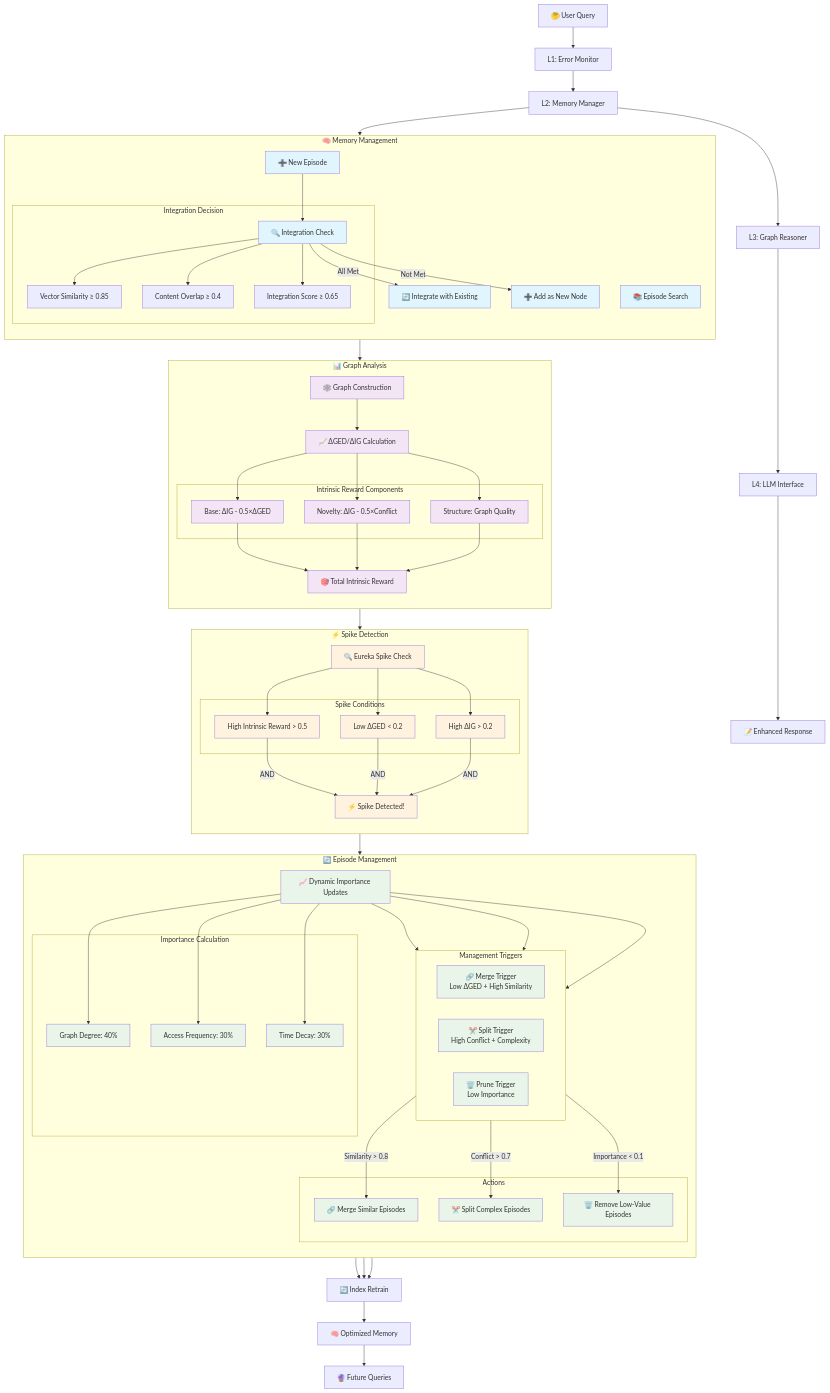
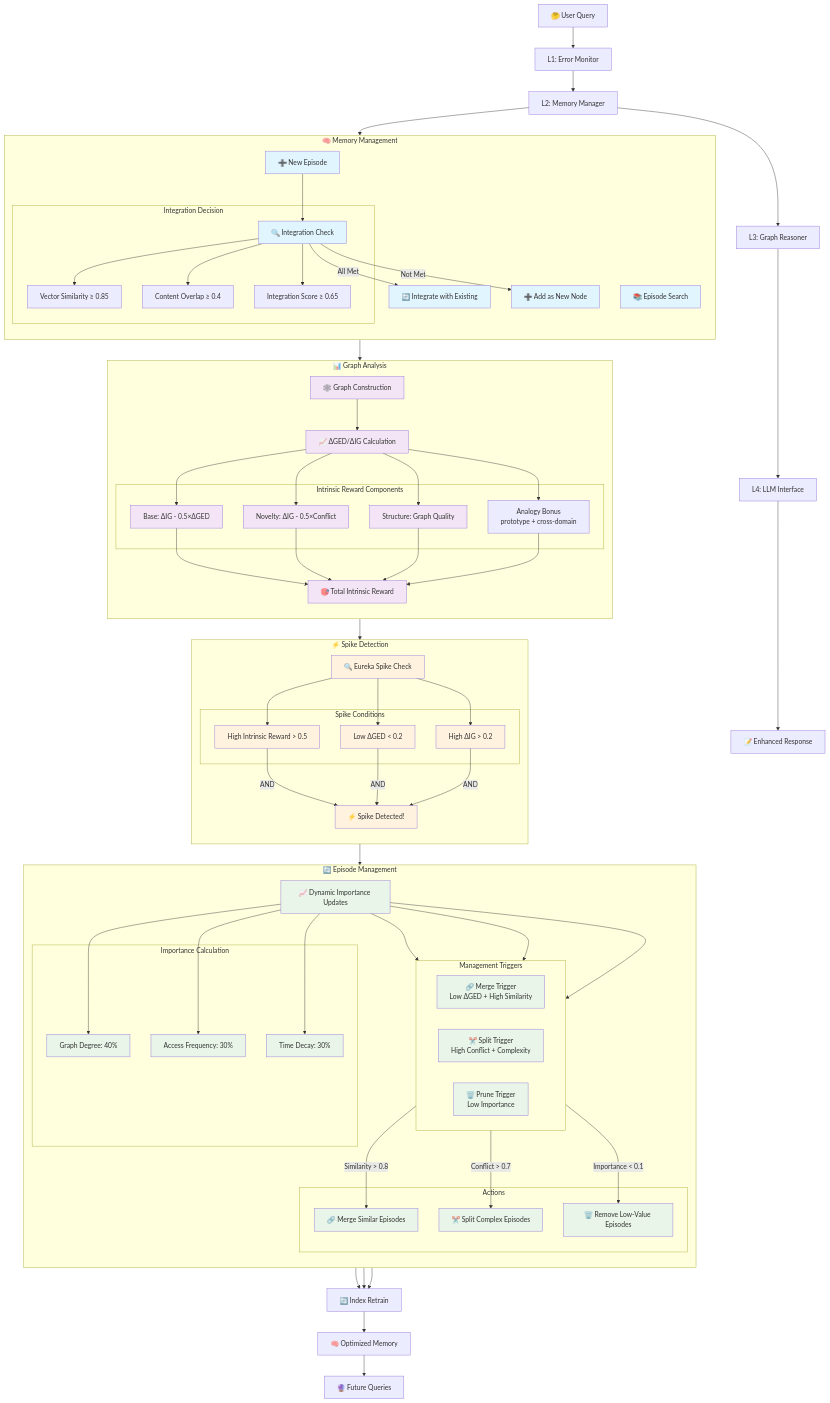
Before and after one commit to miyauchikazuyoshi/InsightSpike-AI: the diagram in docs/diagrams/INTRINSIC_MOTIVATION_FLOW.mermaid, drawn with Mermaid. The commit also changed 6 other files, not shown here.

Commit message:
Update docs and diagrams for analogy bonus defaults

```diff
--- a/docs/diagrams/INTRINSIC_MOTIVATION_FLOW.mermaid
+++ b/docs/diagrams/INTRINSIC_MOTIVATION_FLOW.mermaid
@@ -1,138 +1,141 @@
 %% Intrinsic Motivation and Episode Management Flow
 %% Flow diagram of intrinsic rewards and episode management
 
 flowchart TD
     %% Input and Processing
     Query[🤔 User Query] --> L1[L1: Error Monitor]
     L1 --> L2[L2: Memory Manager]
     L2 --> L3[L3: Graph Reasoner]
     L3 --> L4[L4: LLM Interface]
     
     %% Memory Search and Episode Check
     subgraph "🧠 Memory Management"
         direction TB
         Search[📚 Episode Search]
         NewEpisode[➕ New Episode]
         
         subgraph "Integration Decision"
             Check[🔍 Integration Check]
             SimThresh[Vector Similarity ≥ 0.85]
             ContentThresh[Content Overlap ≥ 0.4]
             IntegScore[Integration Score ≥ 0.65]
         end
         
         Check --> SimThresh
         Check --> ContentThresh
         Check --> IntegScore
         
         NewEpisode --> Check
         Check -->|All Met| Integrate[🔄 Integrate with Existing]
         Check -->|Not Met| AddNew[➕ Add as New Node]
     end
     
     %% Graph Analysis and Intrinsic Reward
     subgraph "📊 Graph Analysis"
         direction TB
         GraphBuild[🕸️ Graph Construction]
         MetricsCalc[📈 ΔGED/ΔIG Calculation]
         
         subgraph "Intrinsic Reward Components"
             BaseReward[Base: ΔIG - 0.5×ΔGED]
             NoveltyReward[Novelty: ΔIG - 0.5×Conflict]
             StructureReward[Structure: Graph Quality]
+            AnalogyBonus[Analogy Bonus<br/>prototype + cross-domain]
         end
         
         MetricsCalc --> BaseReward
         MetricsCalc --> NoveltyReward
         MetricsCalc --> StructureReward
+        MetricsCalc --> AnalogyBonus
         
         TotalReward[🎯 Total Intrinsic Reward]
         BaseReward --> TotalReward
         NoveltyReward --> TotalReward
         StructureReward --> TotalReward
+        AnalogyBonus --> TotalReward
     end
     
     %% Spike Detection and Memory Updates
     subgraph "⚡ Spike Detection"
         direction TB
         SpikeCheck[🔍 Eureka Spike Check]
         
         subgraph "Spike Conditions"
             HighReward[High Intrinsic Reward > 0.5]
             LowGED[Low ΔGED < 0.2]
             HighIG[High ΔIG > 0.2]
         end
         
         SpikeCheck --> HighReward
         SpikeCheck --> LowGED
         SpikeCheck --> HighIG
         
         SpikeDetected[⚡ Spike Detected!]
         HighReward -->|AND| SpikeDetected
         LowGED -->|AND| SpikeDetected
         HighIG -->|AND| SpikeDetected
     end
     
     %% Episode Management Triggers
     subgraph "🔄 Episode Management"
         direction TB
         UpdateImportance[📈 Dynamic Importance Updates]
         
         subgraph "Importance Calculation"
             GraphDegree[Graph Degree: 40%]
             AccessFreq[Access Frequency: 30%]
             TimeDecay[Time Decay: 30%]
         end
         
         UpdateImportance --> GraphDegree
         UpdateImportance --> AccessFreq
         UpdateImportance --> TimeDecay
         
         subgraph "Management Triggers"
             direction LR
             MergeTrigger[🔗 Merge Trigger<br/>Low ΔGED + High Similarity]
             SplitTrigger[✂️ Split Trigger<br/>High Conflict + Complexity]
             PruneTrigger[🗑️ Prune Trigger<br/>Low Importance]
         end
         
         UpdateImportance --> MergeTrigger
         UpdateImportance --> SplitTrigger
         UpdateImportance --> PruneTrigger
         
         subgraph "Actions"
             MergeEpisodes[🔗 Merge Similar Episodes]
             SplitEpisodes[✂️ Split Complex Episodes]
             PruneEpisodes[🗑️ Remove Low-Value Episodes]
         end
         
         MergeTrigger -->|Similarity > 0.8| MergeEpisodes
         SplitTrigger -->|Conflict > 0.7| SplitEpisodes
         PruneTrigger -->|Importance < 0.1| PruneEpisodes
     end
     
     %% Flow Connections
     L2 --> Search
     Search --> GraphBuild
     GraphBuild --> MetricsCalc
     TotalReward --> SpikeCheck
     SpikeDetected --> UpdateImportance
     
     MergeEpisodes --> IndexRetrain[🔄 Index Retrain]
     SplitEpisodes --> IndexRetrain
     PruneEpisodes --> IndexRetrain
     IndexRetrain --> OptimizedMemory[🧠 Optimized Memory]
     
     %% Output
     L4 --> Response[📝 Enhanced Response]
     OptimizedMemory --> FutureQueries[🔮 Future Queries]
     
     %% Styling
     classDef memoryClass fill:#e1f5fe
     classDef graphClass fill:#f3e5f5
     classDef spikeClass fill:#fff3e0
     classDef managementClass fill:#e8f5e8
     
     class Search,NewEpisode,Check,Integrate,AddNew memoryClass
     class GraphBuild,MetricsCalc,BaseReward,NoveltyReward,StructureReward,TotalReward graphClass
     class SpikeCheck,HighReward,LowGED,HighIG,SpikeDetected spikeClass
     class UpdateImportance,GraphDegree,AccessFreq,TimeDecay,MergeTrigger,SplitTrigger,PruneTrigger,MergeEpisodes,SplitEpisodes,PruneEpisodes managementClass
```
